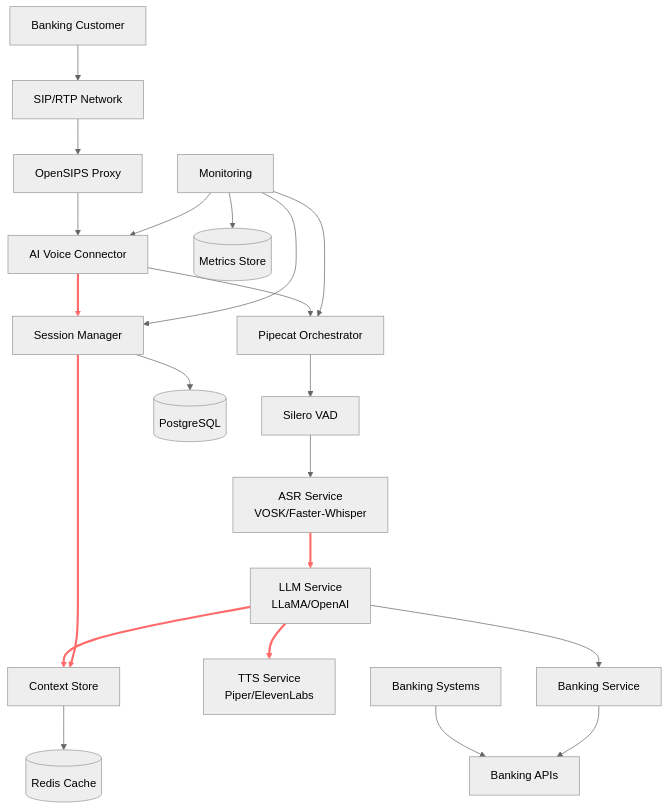
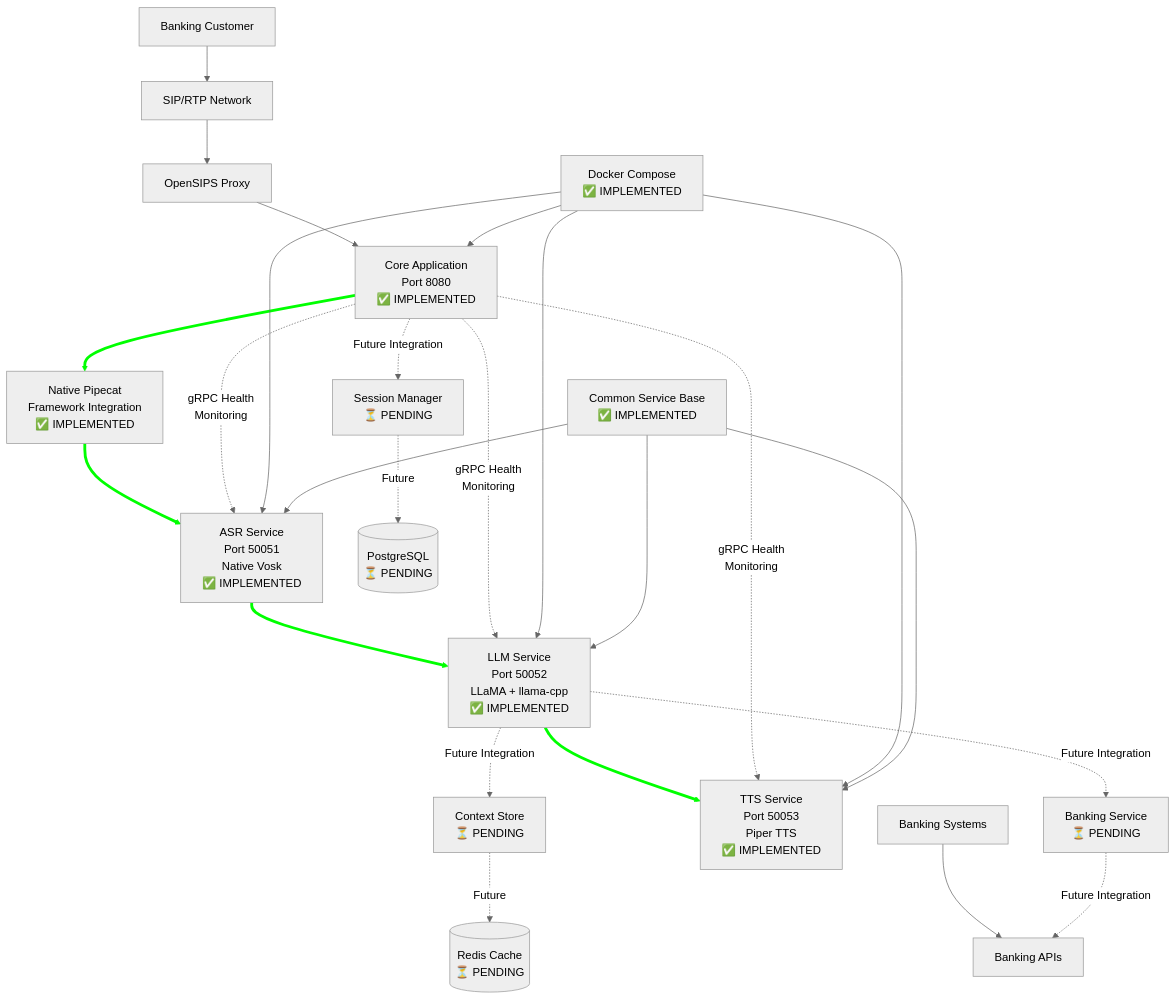
Before and after one commit to dehalokmansahin/opensips-ai-voice-connector: the first of 4 diagrams in docs/architecture.md, drawn with Mermaid (neutral theme). The commit also changed other lines of this file and 2 other files, not shown here.

First line of the commit message:
Update architecture and PRD documents for OpenSIPS AI Voice Connector

````diff
--- a/docs/architecture.md
+++ b/docs/architecture.md
@@ -65,45 +74,50 @@
 ```mermaid
 graph TB
     %% External Systems
     Caller[Banking Customer] --> SIP[SIP/RTP Network]
     Bank[Banking Systems] --> API[Banking APIs]
     
     %% SIP Layer
     SIP --> OpenSIPS[OpenSIPS Proxy]
     
-    %% Core Services
-    OpenSIPS --> AVC[AI Voice Connector]
-    AVC --> Pipecat[Pipecat Orchestrator]
+    %% Core Application (Implemented)
+    OpenSIPS --> Core[Core Application<br/>Port 8080<br/>✅ IMPLEMENTED]
+    Core --> Pipecat[Native Pipecat<br/>Framework Integration<br/>✅ IMPLEMENTED]
     
-    %% AI Pipeline
-    Pipecat --> VAD[Silero VAD]
-    VAD --> ASR[ASR Service<br/>VOSK/Faster-Whisper]
-    ASR --> LLM[LLM Service<br/>LLaMA/OpenAI]
-    LLM --> TTS[TTS Service<br/>Piper/ElevenLabs]
+    %% Implemented gRPC Microservices
+    Pipecat --> ASR[ASR Service<br/>Port 50051<br/>Native Vosk<br/>✅ IMPLEMENTED]
+    ASR --> LLM[LLM Service<br/>Port 50052<br/>LLaMA + llama-cpp<br/>✅ IMPLEMENTED]
+    LLM --> TTS[TTS Service<br/>Port 50053<br/>Piper TTS<br/>✅ IMPLEMENTED]
     
-    %% Supporting Services
-    AVC --> Session[Session Manager]
-    LLM --> Context[Context Store]
-    Session --> Context
+    %% Service Communication (gRPC)
+    Core -.->|gRPC Health<br/>Monitoring| ASR
+    Core -.->|gRPC Health<br/>Monitoring| LLM  
+    Core -.->|gRPC Health<br/>Monitoring| TTS
     
-    %% Banking Integration
-    LLM --> Banking[Banking Service]
-    Banking --> API
+    %% Future Services (Pending Phase 3-4)
+    Core -.->|Future Integration| Session[Session Manager<br/>⏳ PENDING]
+    LLM -.->|Future Integration| Context[Context Store<br/>⏳ PENDING]
+    LLM -.->|Future Integration| Banking[Banking Service<br/>⏳ PENDING]
+    Banking -.->|Future Integration| API
     
-    %% Infrastructure
-    Monitor[Monitoring] --> AVC
-    Monitor --> Pipecat
-    Monitor --> Session
+    %% Docker Infrastructure (Implemented)
+    Docker[Docker Compose<br/>✅ IMPLEMENTED] --> Core
+    Docker --> ASR
+    Docker --> LLM
+    Docker --> TTS
     
-    %% Storage
-    Context --> Redis[(Redis Cache)]
-    Session --> Postgres[(PostgreSQL)]
-    Monitor --> Metrics[(Metrics Store)]
+    %% Service Base (Implemented)
+    Common[Common Service Base<br/>✅ IMPLEMENTED] --> ASR
+    Common --> LLM
+    Common --> TTS
     
-    %% gRPC connections shown as thick lines
-    linkStyle 7 stroke:#ff6b6b,stroke-width:3px
-    linkStyle 8 stroke:#ff6b6b,stroke-width:3px
-    linkStyle 9 stroke:#ff6b6b,stroke-width:3px
-    linkStyle 10 stroke:#ff6b6b,stroke-width:3px
-    linkStyle 11 stroke:#ff6b6b,stroke-width:3px
+    %% Storage (Future)
+    Context -.->|Future| Redis[(Redis Cache<br/>⏳ PENDING)]
+    Session -.->|Future| Postgres[(PostgreSQL<br/>⏳ PENDING)]
+    
+    %% gRPC connections (implemented)
+    linkStyle 4 stroke:#00ff00,stroke-width:4px
+    linkStyle 5 stroke:#00ff00,stroke-width:4px
+    linkStyle 6 stroke:#00ff00,stroke-width:4px
+    linkStyle 7 stroke:#00ff00,stroke-width:4px
 ```
````
